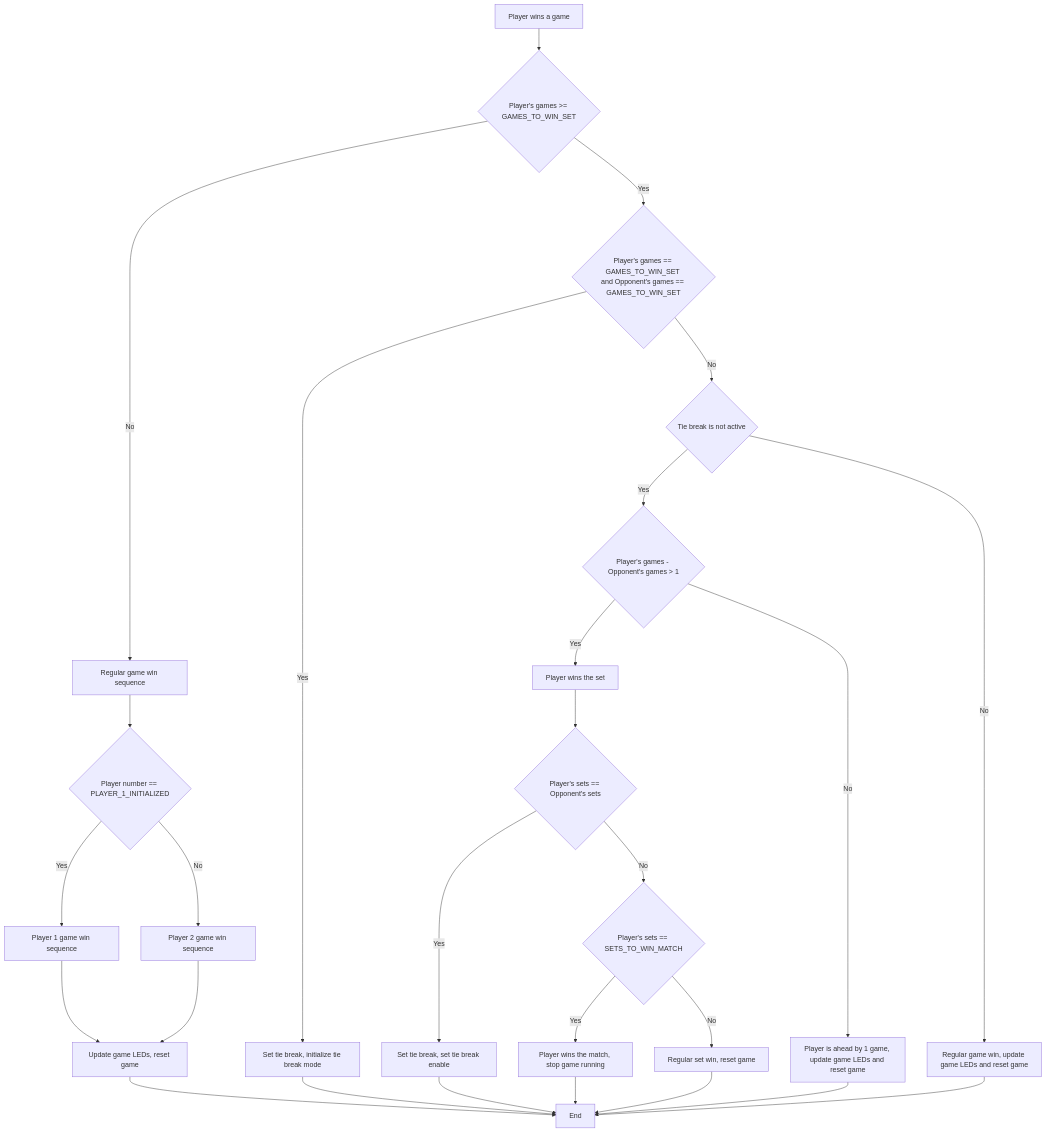
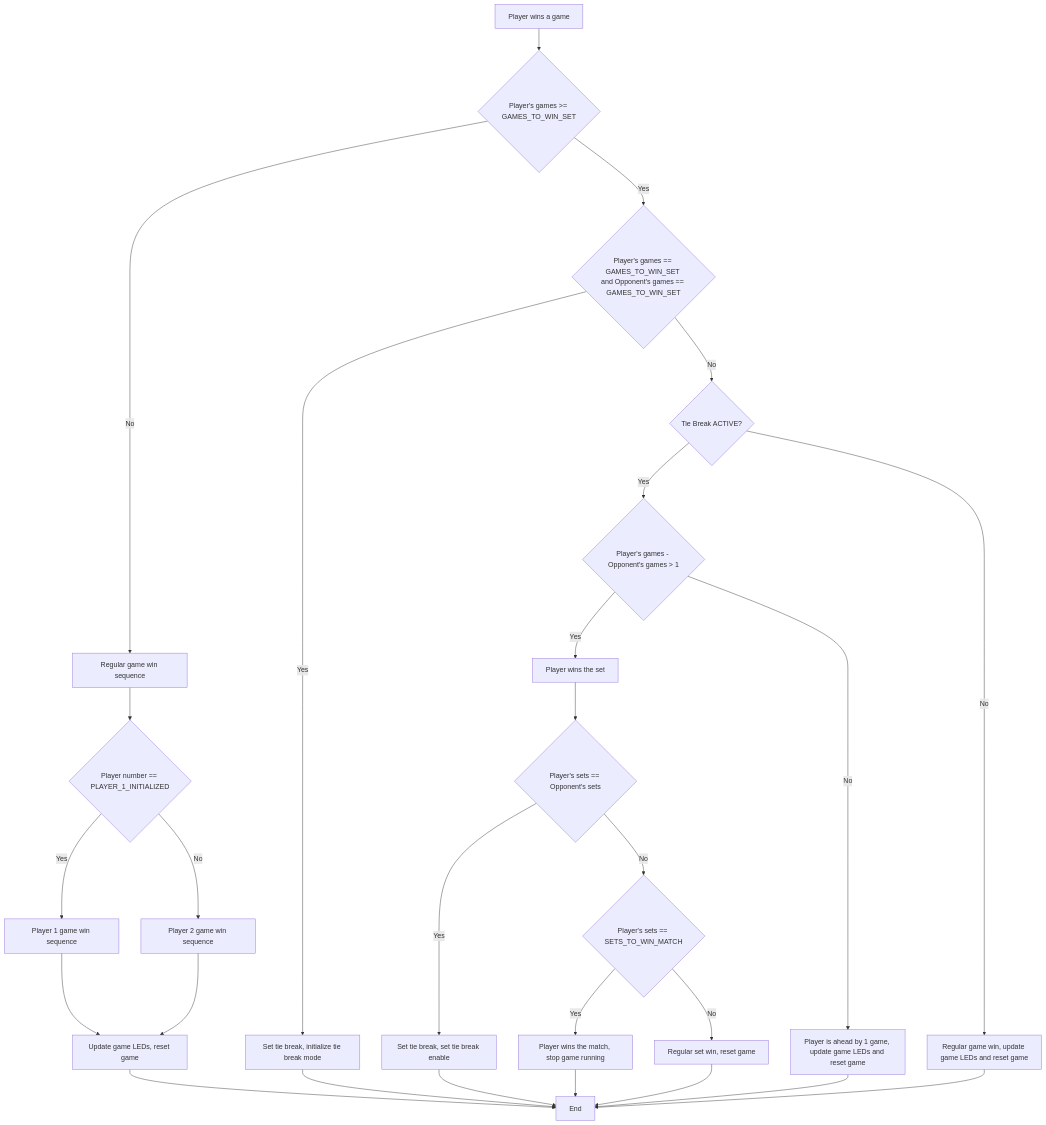
Before and after one commit to EGAdams/rpi-rgb-led-matrix: the diagram in tennis-game/Mode1Score/game_win_flow.md, drawn with Mermaid. The commit also changed 45 other files, not shown here.

````diff
--- a/tennis-game/Mode1Score/game_win_flow.md
+++ b/tennis-game/Mode1Score/game_win_flow.md
@@ -1,31 +1,31 @@
 ```mermaid
 graph TD
     A[Player wins a game] --> B{Player's games >= GAMES_TO_WIN_SET}
     B -->|Yes| C{Player's games == GAMES_TO_WIN_SET and Opponent's games == GAMES_TO_WIN_SET}
     B -->|No| D[Regular game win sequence]
     C -->|Yes| E[Set tie break, initialize tie break mode]
-    C -->|No| F{Tie break is not active}
+    C -->|No| F{Tie Break ACTIVE?}
     F -->|Yes| G{Player's games - Opponent's games > 1}
     G -->|Yes| H[Player wins the set]
     H --> I{Player's sets == Opponent's sets}
     I -->|Yes| J[Set tie break, set tie break enable]
     I -->|No| K{Player's sets == SETS_TO_WIN_MATCH}
     K -->|Yes| L[Player wins the match, stop game running]
     K -->|No| M[Regular set win, reset game]
     G -->|No| N[Player is ahead by 1 game, update game LEDs and reset game]
     F -->|No| O[Regular game win, update game LEDs and reset game]
 
     D --> P{Player number == PLAYER_1_INITIALIZED}
     P -->|Yes| Q[Player 1 game win sequence]
     P -->|No| R[Player 2 game win sequence]
     Q --> S[Update game LEDs, reset game]
     R --> S
     S --> T[End]
 
     E --> T
     J --> T
     L --> T
     M --> T
     N --> T
     O --> T
 ```
````
